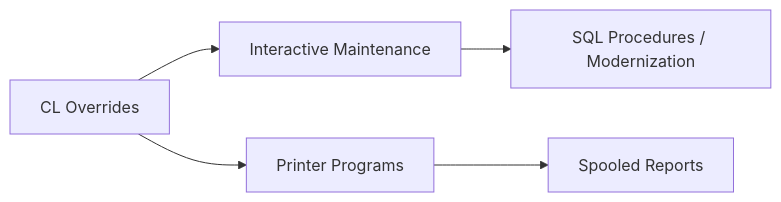
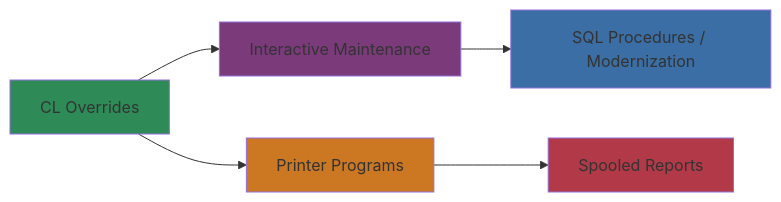
Before and after one commit to asynkron/CobolDemo-GITST: the diagram in docs/06_physical_design.md, drawn with Mermaid. The commit also changed 7 other files, not shown here.

Commit message:
Add accent fills to documentation mermaid diagrams

````diff
--- a/docs/06_physical_design.md
+++ b/docs/06_physical_design.md
@@ -14,7 +14,13 @@
 ```mermaid
 flowchart LR
   OVROBJ[CL Overrides] --> MAINT[Interactive Maintenance]
   OVROBJ --> PRN[Printer Programs]
   MAINT --> SQLX[SQL Procedures / Modernization]
   PRN --> SPOOLED[Spooled Reports]
+  %% Surface run-time responsibilities with targeted background fills.
+  style OVROBJ fill:#2E8B57
+  style MAINT fill:#7B3B7B
+  style PRN fill:#CC7722
+  style SQLX fill:#3A6EA5
+  style SPOOLED fill:#B23A48
 ```
````
